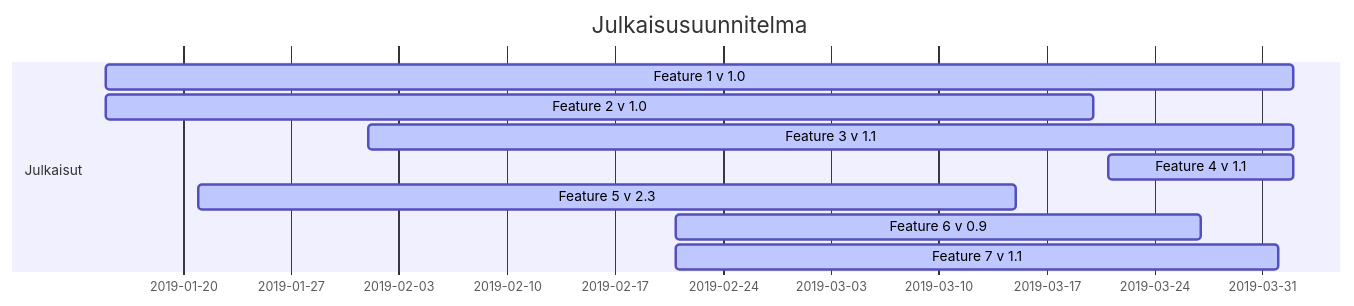
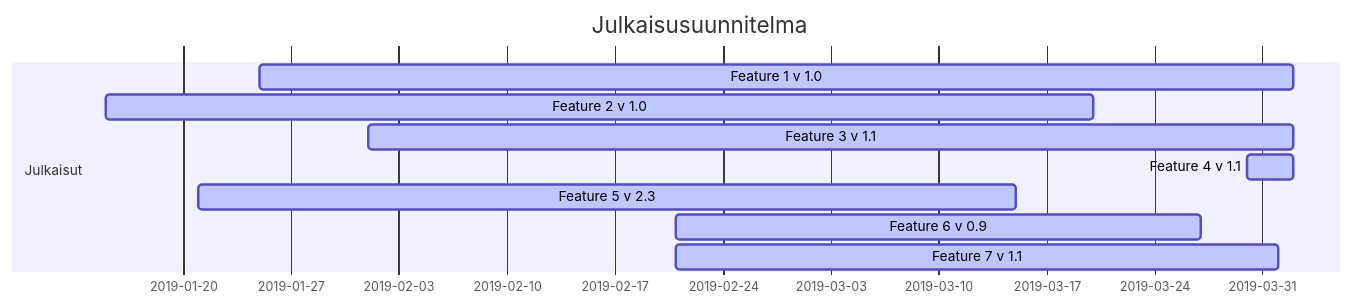
The diagram in dokumentaatio/04-julkaisusuunnitelma/julkaisusuunnitelma.md (ninaleo/ransut-core), drawn with Mermaid before and after one commit.

````diff
--- a/dokumentaatio/04-julkaisusuunnitelma/julkaisusuunnitelma.md
+++ b/dokumentaatio/04-julkaisusuunnitelma/julkaisusuunnitelma.md
@@ -4,14 +4,14 @@
 ```mermaid
 gantt
     title Julkaisusuunnitelma
     dateFormat  DD-MM-YYYY
     section Julkaisut
-    Feature 1  v 1.0       :active,v 1.0, 15-01-2019, 02-04-2019
+    Feature 1  v 1.0       :active,v 1.0, 25-01-2019, 02-04-2019
     Feature 2  v 1.0       :active,v 1.0, 15-01-2019, 20-03-2019
     Feature 3  v 1.1       :active,v 1.0, 01-02-2019, 02-04-2019
-    Feature 4  v 1.1       :active,v 1.0, 21-03-2019, 02-04-2019
+    Feature 4  v 1.1       :active,v 1.0, 30-03-2019, 02-04-2019
     Feature 5  v 2.3       :active,v 1.0, 21-01-2019, 15-03-2019
     Feature 6  v 0.9       :active,v 1.0, 21-02-2019, 27-03-2019
     Feature 7  v 1.1       :active,v 1.0, 21-02-2019, 01-04-2019
 
 ```
````
